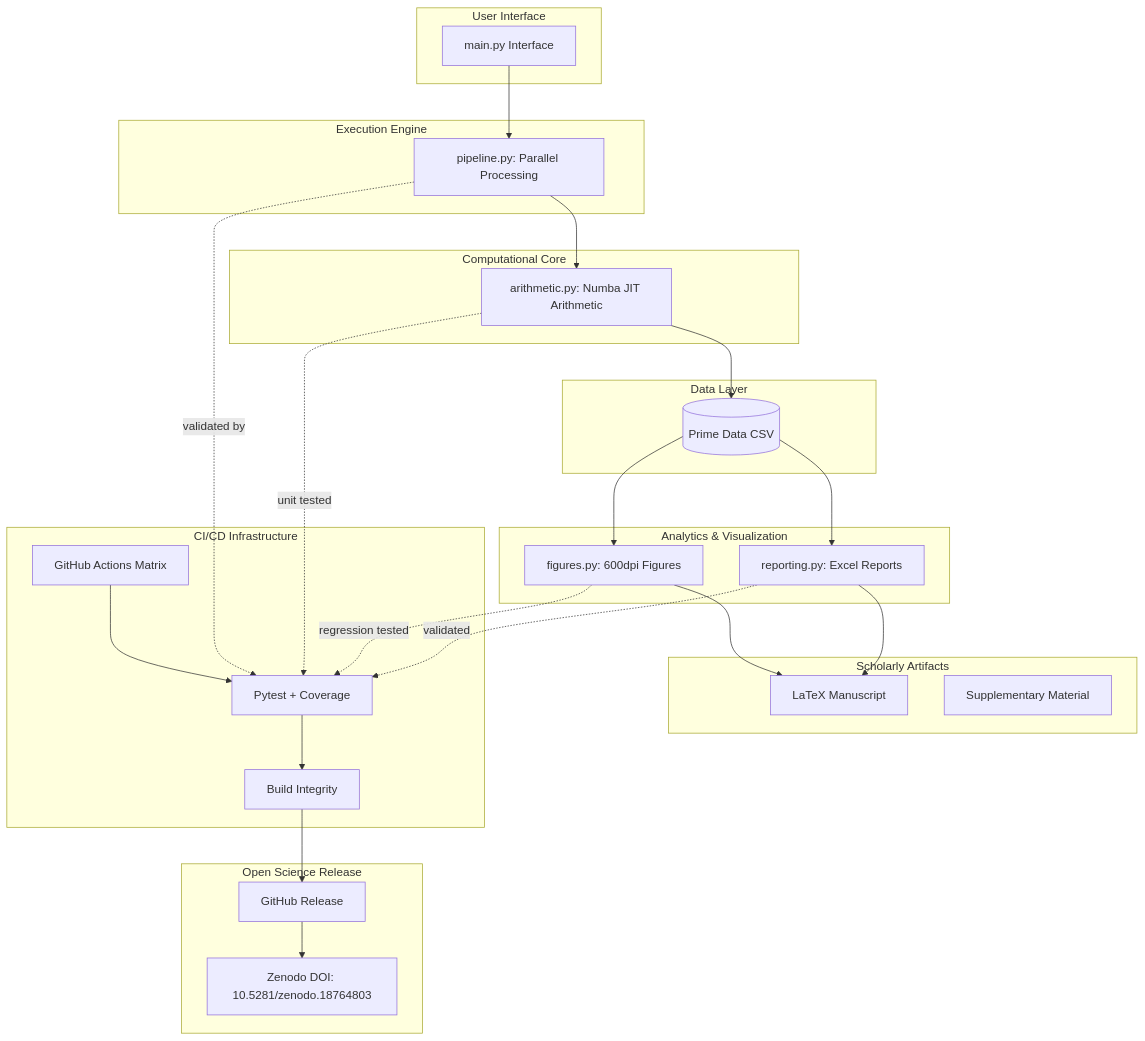
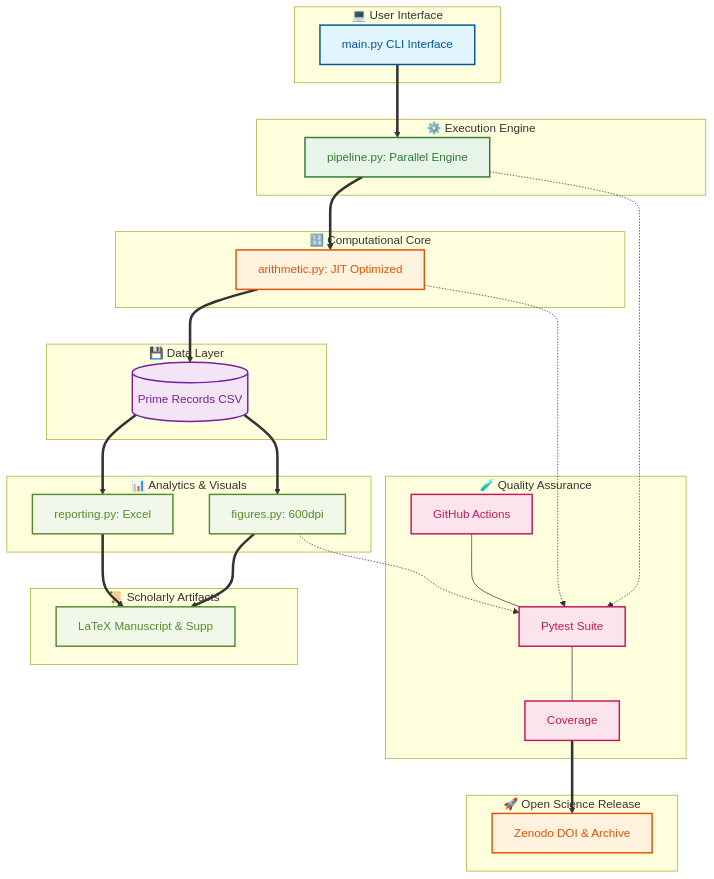
Before and after one commit to Majid-Ghandali/fibonacci-cm-elliptic: the diagram in README.md, drawn with Mermaid.

````diff
--- a/README.md
+++ b/README.md
@@ -73,84 +73,67 @@
 ```mermaid
-flowchart TB
-    %% =========================
-    %% USER INTERFACE LAYER
-    %% =========================
-    subgraph UI_Layer [User Interface]
-        CLI[main.py Interface]
+
+graph TB
+
+    classDef ui fill:#e1f5fe,stroke:#01579b,stroke-width:2px,color:#01579b
+    classDef engine fill:#e8f5e9,stroke:#2e7d32,stroke-width:2px,color:#2e7d32
+    classDef core fill:#fff3e0,stroke:#e65100,stroke-width:2px,color:#e65100
+    classDef data fill:#f3e5f5,stroke:#7b1fa2,stroke-width:2px,color:#7b1fa2
+    classDef test fill:#fce4ec,stroke:#c2185b,stroke-width:2px,color:#c2185b
+    classDef output fill:#f1f8e9,stroke:#558b2f,stroke-width:2px,color:#558b2f
+
+
+    subgraph UI [ 💻 User Interface ]
+        CLI[main.py CLI Interface]:::ui
     end
 
-    %% =========================
-    %% EXECUTION LAYER
-    %% =========================
-    subgraph Execution_Engine [Execution Engine]
-        PIPE[pipeline.py: Parallel Processing]
+    subgraph Exec [ ⚙️ Execution Engine ]
+        PIPE[pipeline.py: Parallel Engine]:::engine
     end
 
-    %% =========================
-    %% CORE ARITHMETIC
-    %% =========================
-    subgraph Computational_Core [Computational Core]
-        ARITH[arithmetic.py: Numba JIT Arithmetic]
+    subgraph Core [ 🔢 Computational Core ]
+        ARITH[arithmetic.py: JIT Optimized]:::core
     end
 
-    %% =========================
-    %% DATA LAYER
-    %% =========================
-    subgraph Data_Layer [Data Layer]
-        CSV[(Prime Data CSV)]
+    subgraph Storage [ 💾 Data Layer ]
+        CSV[(Prime Records CSV)]:::data
     end
 
-    %% =========================
-    %% ANALYTICS LAYER
-    %% =========================
-    subgraph Analytics [Analytics & Visualization]
-        REPORT[reporting.py: Excel Reports]
-        FIG[figures.py: 600dpi Figures]
+    subgraph Analytics [ 📊 Analytics & Visuals ]
+        REPORT[reporting.py: Excel]:::output
+        FIG[figures.py: 600dpi]:::output
     end
 
-    %% =========================
-    %% RESEARCH OUTPUT
-    %% =========================
-    subgraph Scholarly_Artifacts [Scholarly Artifacts]
-        PAPER[LaTeX Manuscript]
-        SUPP[Supplementary Material]
+    subgraph Paper [ 📜 Scholarly Artifacts ]
+        DOCS[LaTeX Manuscript & Supp]:::output
     end
 
-    %% =========================
-    %% CI / CD LAYER
-    %% =========================
-    subgraph CICD [CI/CD Infrastructure]
-        CI[GitHub Actions Matrix]
-        TEST[Pytest + Coverage]
-        BUILD[Build Integrity]
+    subgraph QA [ 🧪 Quality Assurance ]
+        CI[GitHub Actions]:::test
+        T1[Pytest Suite]:::test
+        T2[Coverage]:::test
     end
 
-    %% =========================
-    %% RELEASE LAYER
-    %% =========================
-    subgraph Release [Open Science Release]
-        GHREL[GitHub Release]
-        ZENODO[Zenodo DOI: 10.5281/zenodo.18764803]
+    subgraph Release [ 🚀 Open Science Release ]
+        ZENODO[Zenodo DOI & Archive]:::core
     end
+ 
 
-    %% =========================
-    %% FLOW CONNECTIONS
-    %% =========================
-    CLI --> PIPE
-    PIPE --> ARITH
-    ARITH --> CSV
-    CSV --> REPORT
-    CSV --> FIG
-    FIG --> PAPER
-    REPORT --> PAPER
-    CI --> TEST
-    TEST --> BUILD
-    BUILD --> GHREL
-    GHREL --> ZENODO
+    CLI  ==> PIPE
+    PIPE ==> ARITH
+    ARITH ==> CSV
+    CSV  ==> REPORT
+    CSV  ==> FIG
+    REPORT ==> DOCS
+    FIG    ==> DOCS
 
-    PIPE -.->|validated by| TEST
-    ARITH -.->|unit tested| TEST
-    FIG -.->|regression tested| TEST
-    REPORT -.->|validated| TEST
+  
+    CI --- T1
+    T1 --- T2
+    T2 ==> ZENODO
+
+    
+    PIPE -.-> T1
+    ARITH -.-> T1
+    FIG   -.-> T1
 
 ```
````
